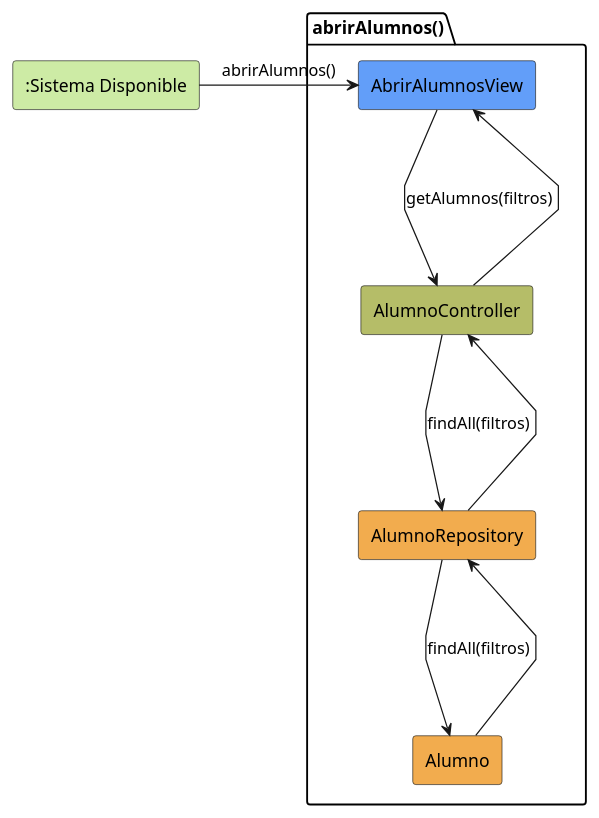
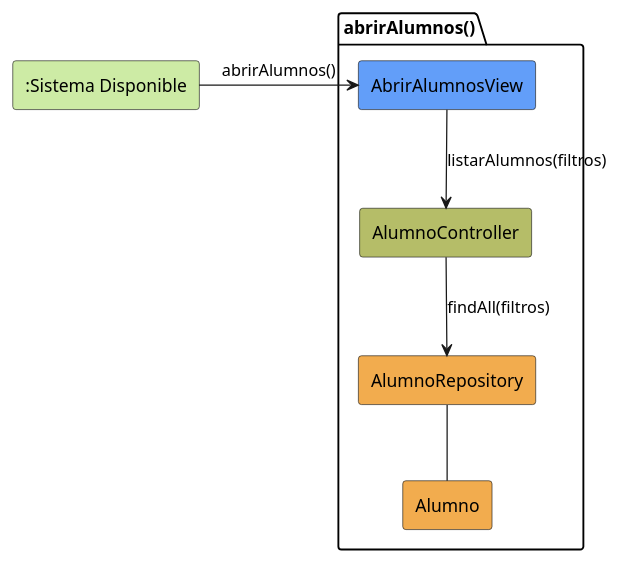
The diagram in modelosUML/analisis/abrirAlumnos/colaboracion.puml (jerdier/25-26-idsw2-sdVC), drawn with PlantUML before and after one commit. The commit also changed 83 other files, not shown here.

```diff
--- a/modelosUML/analisis/abrirAlumnos/colaboracion.puml
+++ b/modelosUML/analisis/abrirAlumnos/colaboracion.puml
@@ -1,20 +1,17 @@
 @startuml abrirAlumnos-analisis
 skinparam linetype polyline
 
 rectangle #CDEBA5 ":Sistema Disponible" as SistemaDisponible
 
 package abrirAlumnos as "abrirAlumnos()" {
     rectangle #629EF9 AbrirAlumnosView
     rectangle #b5bd68 AlumnoController
     rectangle #F2AC4E AlumnoRepository
     rectangle #F2AC4E Alumno
 }
 
 SistemaDisponible -r-> AbrirAlumnosView: abrirAlumnos()
-AbrirAlumnosView -d-> AlumnoController: getAlumnos(filtros)
-AlumnoController -d-> AlumnoRepository: findAll(filtros)
-AlumnoRepository -d-> Alumno: findAll(filtros)
-Alumno --u-> AlumnoRepository
-AlumnoRepository --u-> AlumnoController
-AlumnoController --u-> AbrirAlumnosView
+AbrirAlumnosView -d-> AlumnoController: listarAlumnos(filtros)
+AlumnoController --> AlumnoRepository: findAll(filtros)
+AlumnoRepository -- Alumno
 @enduml
```
